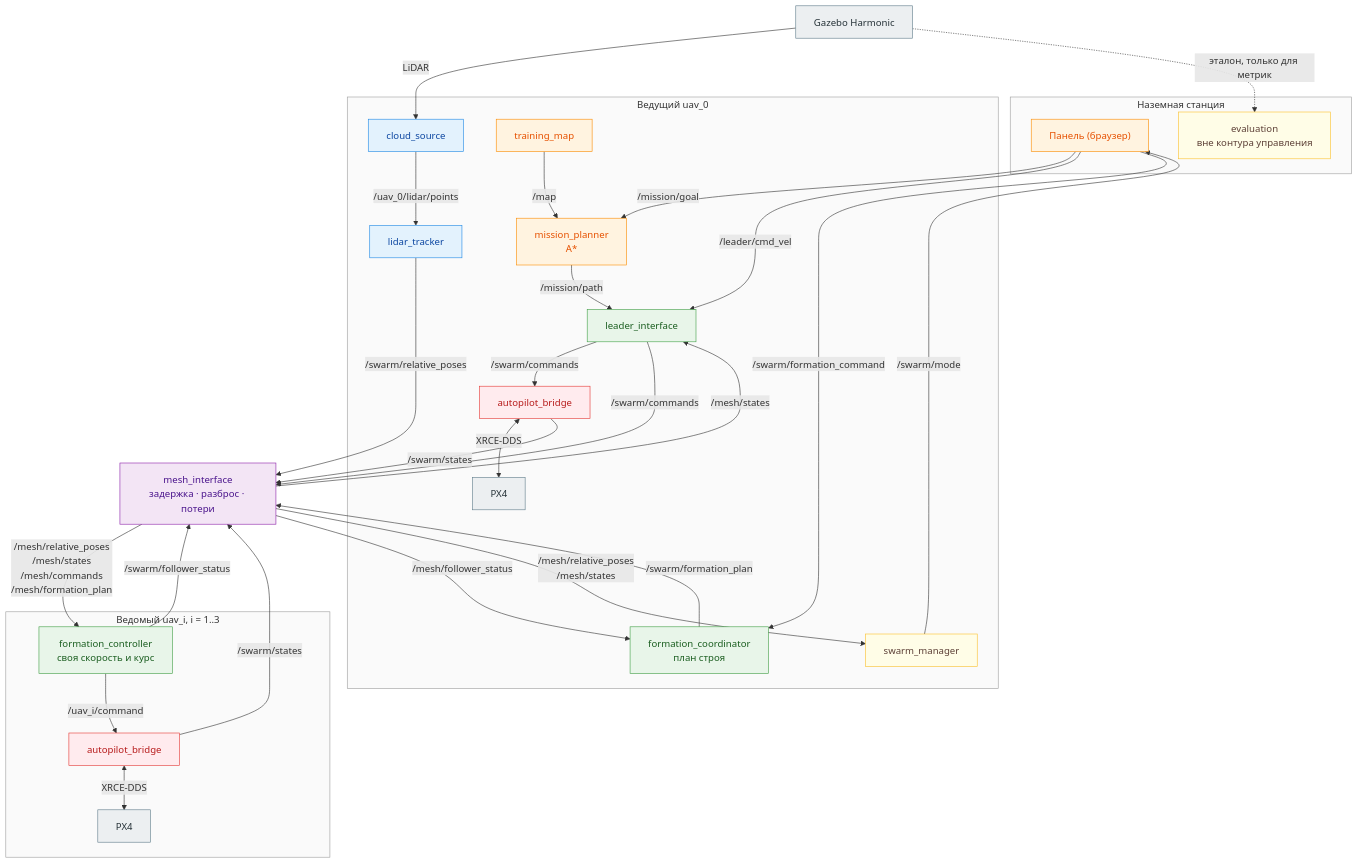
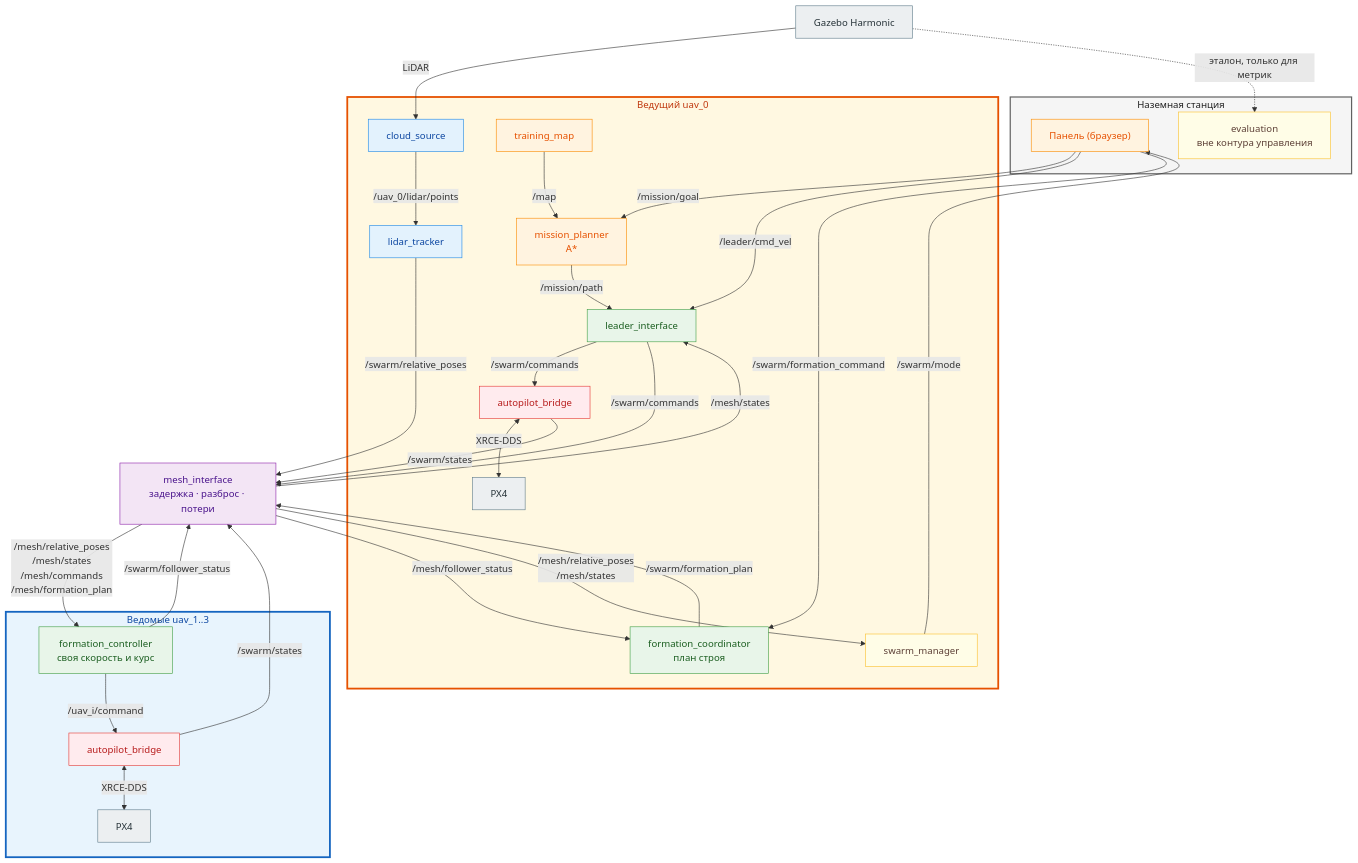
Before and after one commit to Deomus/swarm_lidar: the diagram in README.md, drawn with Mermaid.

Commit message:
docs: сделать подписи групп на схеме читаемыми в тёмной теме

````diff
--- a/README.md
+++ b/README.md
@@ -155,71 +155,71 @@
 ```mermaid
 flowchart TB
     subgraph ground["Наземная станция"]
         panel["Панель (браузер)"]
         evaluation["evaluation<br/>вне контура управления"]
     end
     subgraph leaderBox["Ведущий uav_0"]
         cloud["cloud_source"]
         tracker["lidar_tracker"]
         map["training_map"]
         planner["mission_planner<br/>A*"]
         leader["leader_interface"]
         coordinator["formation_coordinator<br/>план строя"]
         manager["swarm_manager"]
         bridge0["autopilot_bridge"]
         px40["PX4"]
     end
     mesh["mesh_interface<br/>задержка · разброс · потери"]
-    subgraph followerBox["Ведомый uav_i, i = 1..3"]
+    subgraph followerBox["Ведомые uav_1..3"]
         controller["formation_controller<br/>своя скорость и курс"]
         bridgei["autopilot_bridge"]
         px4i["PX4"]
     end
     gz["Gazebo Harmonic"]
 
     panel -- "/mission/goal" --> planner
     map -- "/map" --> planner
     planner -- "/mission/path" --> leader
     panel -- "/leader/cmd_vel" --> leader
     panel -- "/swarm/formation_command" --> coordinator
     manager -- "/swarm/mode" --> panel
 
     gz -- "LiDAR" --> cloud
     cloud -- "/uav_0/lidar/points" --> tracker
     leader -- "/swarm/commands" --> bridge0
     bridge0 <-- "XRCE-DDS" --> px40
 
     tracker -- "/swarm/relative_poses" --> mesh
     bridge0 -- "/swarm/states" --> mesh
     leader -- "/swarm/commands" --> mesh
     coordinator -- "/swarm/formation_plan" --> mesh
     mesh -- "/mesh/follower_status" --> coordinator
     mesh -- "/mesh/states" --> leader
     mesh -- "/mesh/relative_poses<br/>/mesh/states" --> manager
 
     mesh -- "/mesh/relative_poses<br/>/mesh/states<br/>/mesh/commands<br/>/mesh/formation_plan" --> controller
     controller -- "/swarm/follower_status" --> mesh
     bridgei -- "/swarm/states" --> mesh
     controller -- "/uav_i/command" --> bridgei
     bridgei <-- "XRCE-DDS" --> px4i
 
     gz -. "эталон, только для метрик" .-> evaluation
 
     classDef simC fill:#eceff1,stroke:#607d8b,color:#263238
     classDef percC fill:#e3f2fd,stroke:#1e88e5,color:#0d47a1
     classDef opC fill:#fff3e0,stroke:#fb8c00,color:#e65100
     classDef ctrlC fill:#e8f5e9,stroke:#43a047,color:#1b5e20
     classDef meshC fill:#f3e5f5,stroke:#8e24aa,color:#4a148c
     classDef brC fill:#ffebee,stroke:#e53935,color:#b71c1c
     classDef supC fill:#fffde7,stroke:#fbc02d,color:#5d4037
     class gz,px40,px4i simC
     class cloud,tracker percC
     class panel,map,planner opC
     class leader,coordinator,controller ctrlC
     class mesh meshC
     class bridge0,bridgei brC
     class manager,evaluation supC
-    style ground fill:#fafafa,stroke:#9e9e9e
-    style leaderBox fill:#fafafa,stroke:#9e9e9e
-    style followerBox fill:#fafafa,stroke:#9e9e9e
+    style ground fill:#f5f5f5,stroke:#616161,stroke-width:2px,color:#212121
+    style leaderBox fill:#fff8e1,stroke:#e65100,stroke-width:3px,color:#bf360c
+    style followerBox fill:#e8f4fd,stroke:#1565c0,stroke-width:3px,color:#0d47a1
 ```
````
